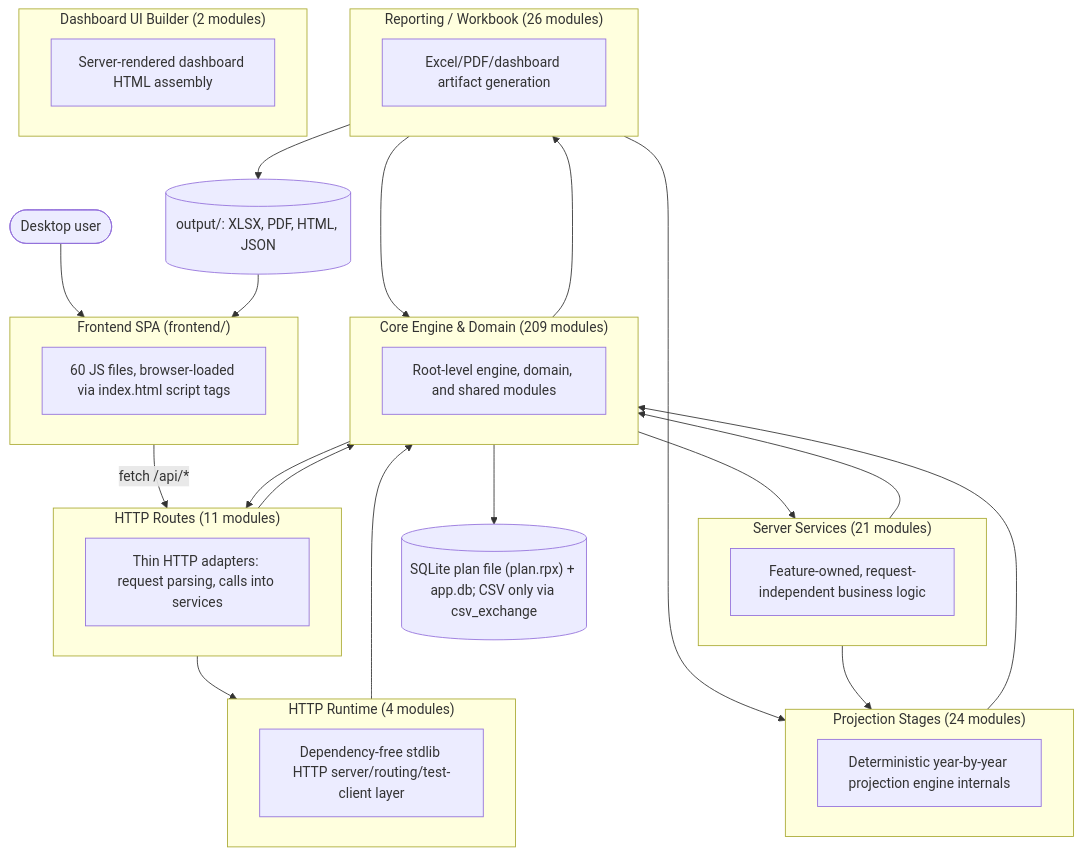
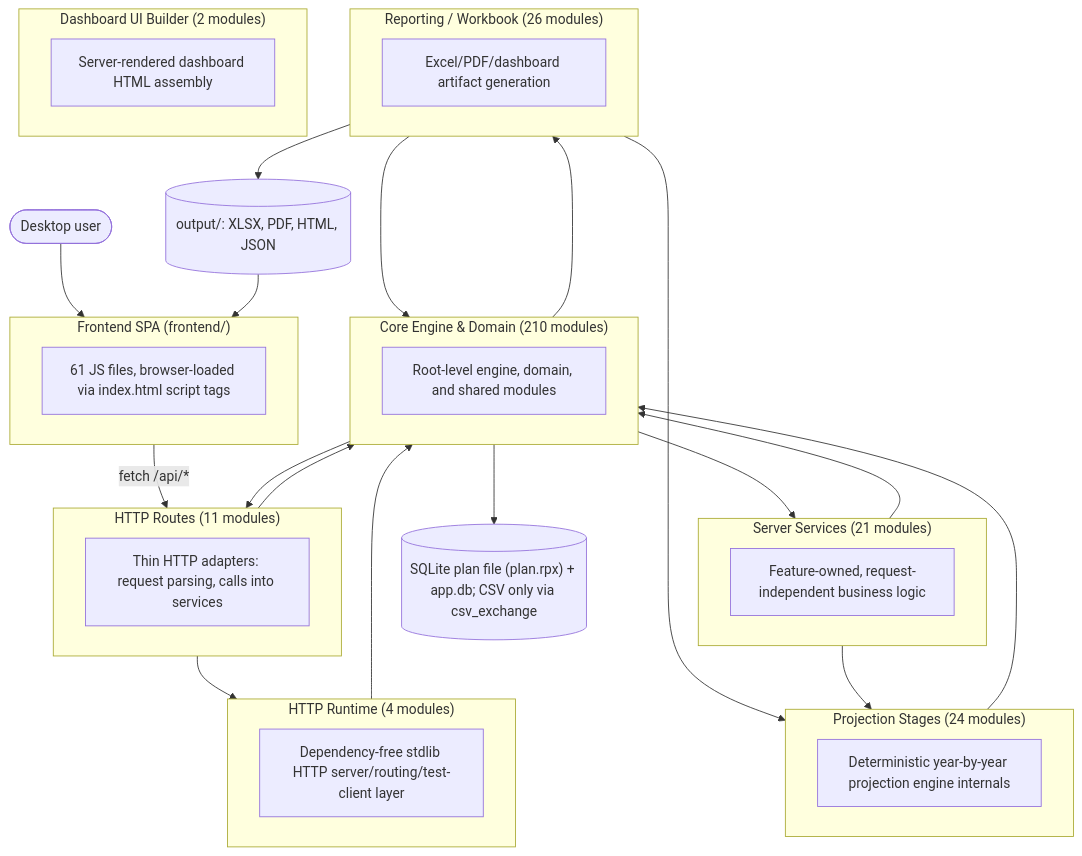
The first of 2 diagrams in documentation/reference/SYSTEM_ARCHITECTURE_DIAGRAM.md (matthartzman/retirement_system), drawn with Mermaid before and after one commit. The commit also changed other lines of this file and 16 other files, not shown here.

````diff
--- a/documentation/reference/SYSTEM_ARCHITECTURE_DIAGRAM.md
+++ b/documentation/reference/SYSTEM_ARCHITECTURE_DIAGRAM.md
@@ -11,43 +11,43 @@
 ```mermaid
 flowchart TB
     User(["Desktop user"]) --> FE
     subgraph FE["Frontend SPA (frontend/)"]
-        FEcount["60 JS files, browser-loaded via index.html script tags"]
+        FEcount["61 JS files, browser-loaded via index.html script tags"]
     end
     FE -->|fetch /api/*| L_HTTP_Routes
     subgraph L_HTTP_Routes["HTTP Routes (11 modules)"]
         L_HTTP_Routes_d["Thin HTTP adapters: request parsing, calls into services"]
     end
     subgraph L_Server_Services["Server Services (21 modules)"]
         L_Server_Services_d["Feature-owned, request-independent business logic"]
     end
     subgraph L_HTTP_Runtime["HTTP Runtime (4 modules)"]
         L_HTTP_Runtime_d["Dependency-free stdlib HTTP server/routing/test-client layer"]
     end
-    subgraph L_Core_Engine___Domain["Core Engine & Domain (209 modules)"]
+    subgraph L_Core_Engine___Domain["Core Engine & Domain (210 modules)"]
         L_Core_Engine___Domain_d["Root-level engine, domain, and shared modules"]
     end
     subgraph L_Projection_Stages["Projection Stages (24 modules)"]
         L_Projection_Stages_d["Deterministic year-by-year projection engine internals"]
     end
     subgraph L_Reporting___Workbook["Reporting / Workbook (26 modules)"]
         L_Reporting___Workbook_d["Excel/PDF/dashboard artifact generation"]
     end
     subgraph L_Dashboard_UI_Builder["Dashboard UI Builder (2 modules)"]
         L_Dashboard_UI_Builder_d["Server-rendered dashboard HTML assembly"]
     end
     L_Core_Engine___Domain --> L_HTTP_Routes
     L_Core_Engine___Domain --> L_Reporting___Workbook
     L_Core_Engine___Domain --> L_Server_Services
     L_HTTP_Routes --> L_Core_Engine___Domain
     L_HTTP_Routes --> L_HTTP_Runtime
     L_HTTP_Runtime --> L_Core_Engine___Domain
     L_Projection_Stages --> L_Core_Engine___Domain
     L_Reporting___Workbook --> L_Core_Engine___Domain
     L_Reporting___Workbook --> L_Projection_Stages
     L_Server_Services --> L_Core_Engine___Domain
     L_Server_Services --> L_Projection_Stages
     L_Core_Engine___Domain --> DB[("SQLite plan file (plan.rpx) + app.db; CSV only via csv_exchange")]
     L_Reporting___Workbook --> Outputs[("output/: XLSX, PDF, HTML, JSON")]
     Outputs --> FE
 ```
````
